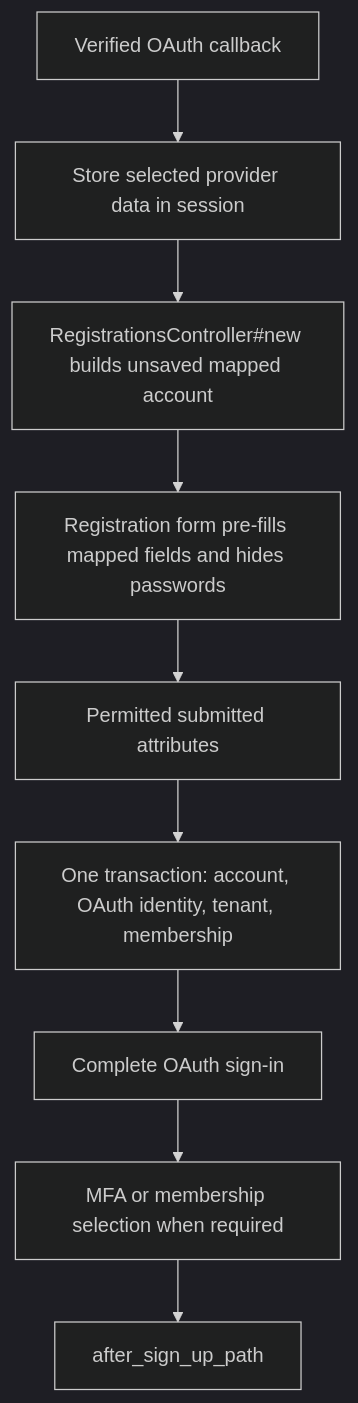
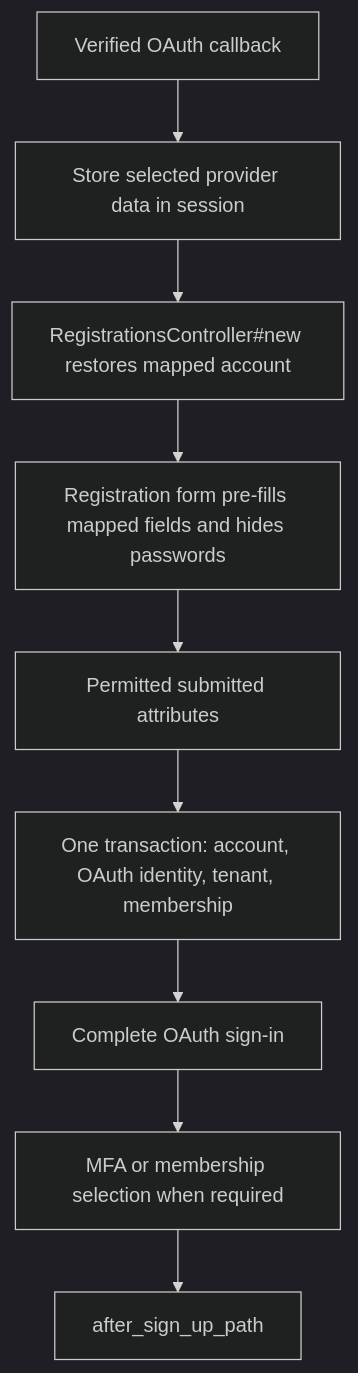
One commit to NicolasJJensen/rails_vouch changed the diagram in docs/registration.md. Above: the diagram before and after it, drawn with Mermaid (dark theme). The commit also changed other lines of this file and 11 other files, not shown here.

````diff
--- a/docs/registration.md
+++ b/docs/registration.md
@@ -64,11 +137,11 @@
 ```mermaid
 flowchart TD
   callback[Verified OAuth callback] --> pending[Store selected provider data in session]
-  pending --> new[RegistrationsController#new builds unsaved mapped account]
+  pending --> new[RegistrationsController#new restores mapped account]
   new --> form[Registration form pre-fills mapped fields and hides passwords]
   form --> submit[Permitted submitted attributes]
   submit --> transaction[One transaction: account, OAuth identity, tenant, membership]
   transaction --> complete[Complete OAuth sign-in]
   complete --> mfa[MFA or membership selection when required]
   mfa --> onboarding[after_sign_up_path]
 ```
````
